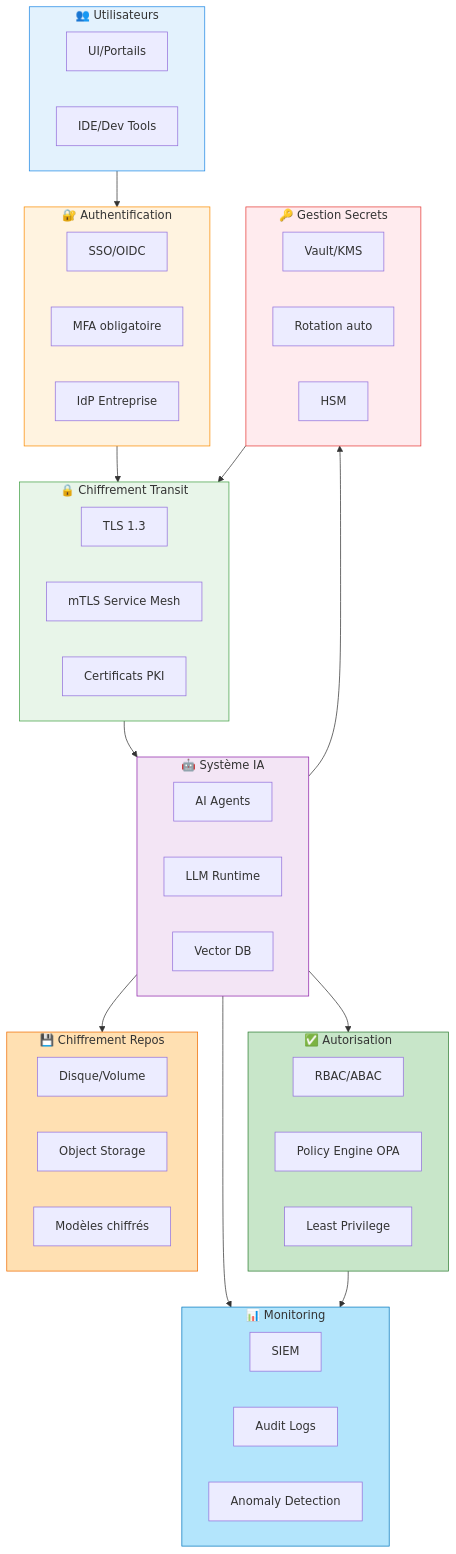
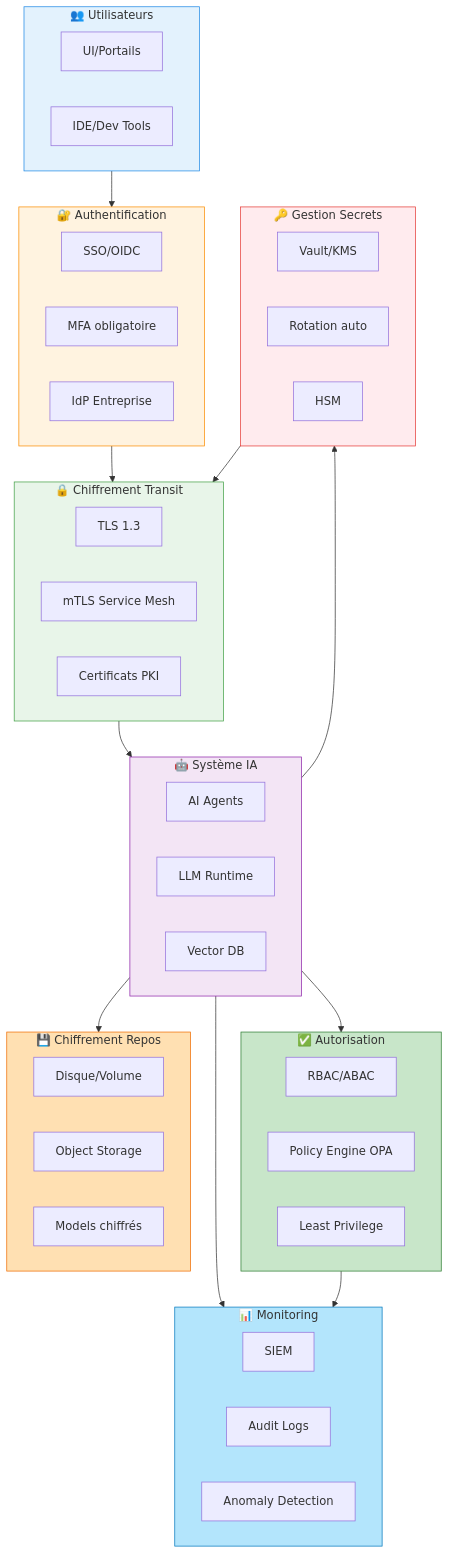
One commit to brunseba/ai-tech-watch changed the diagram in docs/security/authentication-encryption.md. Above: the diagram before and after it, drawn with Mermaid. The commit also changed other lines of this file and 22 other files, not shown here.

````diff
--- a/docs/security/authentication-encryption.md
+++ b/docs/security/authentication-encryption.md
@@ -8,68 +8,68 @@
 ```mermaid
 flowchart TB
     subgraph Users["👥 Utilisateurs"]
         U1[UI/Portails]
         U2[IDE/Dev Tools]
     end
     
     subgraph Auth["🔐 Authentification"]
         A1[SSO/OIDC]
         A2[MFA obligatoire]
         A3[IdP Entreprise]
     end
     
     subgraph Transit["🔒 Chiffrement Transit"]
         T1[TLS 1.3]
         T2[mTLS Service Mesh]
         T3[Certificats PKI]
     end
     
     subgraph AI["🤖 Système IA"]
         AI1[AI Agents]
         AI2[LLM Runtime]
         AI3[Vector DB]
     end
     
     subgraph Secrets["🔑 Gestion Secrets"]
         S1[Vault/KMS]
         S2[Rotation auto]
         S3[HSM]
     end
     
     subgraph AuthZ["✅ Autorisation"]
         Z1[RBAC/ABAC]
         Z2[Policy Engine OPA]
         Z3[Least Privilege]
     end
     
     subgraph AtRest["💾 Chiffrement Repos"]
         R1[Disque/Volume]
         R2[Object Storage]
-        R3[Modèles chiffrés]
+        R3[Models chiffrés]
     end
     
     subgraph Monitor["📊 Monitoring"]
         M1[SIEM]
         M2[Audit Logs]
         M3[Anomaly Detection]
     end
     
     Users --> Auth
     Auth --> Transit
     Transit --> AI
     AI --> Secrets
     AI --> AuthZ
     AI --> AtRest
     AI --> Monitor
     Secrets --> Transit
     AuthZ --> Monitor
     
     style Users fill:#e3f2fd,stroke:#1e88e5
     style Auth fill:#fff3e0,stroke:#fb8c00
     style Transit fill:#e8f5e9,stroke:#43a047
     style AI fill:#f3e5f5,stroke:#8e24aa
     style Secrets fill:#ffebee,stroke:#e53935
     style AuthZ fill:#c8e6c9,stroke:#2e7d32
     style AtRest fill:#ffe0b2,stroke:#ef6c00
     style Monitor fill:#b3e5fc,stroke:#0277bd
 ```
````
